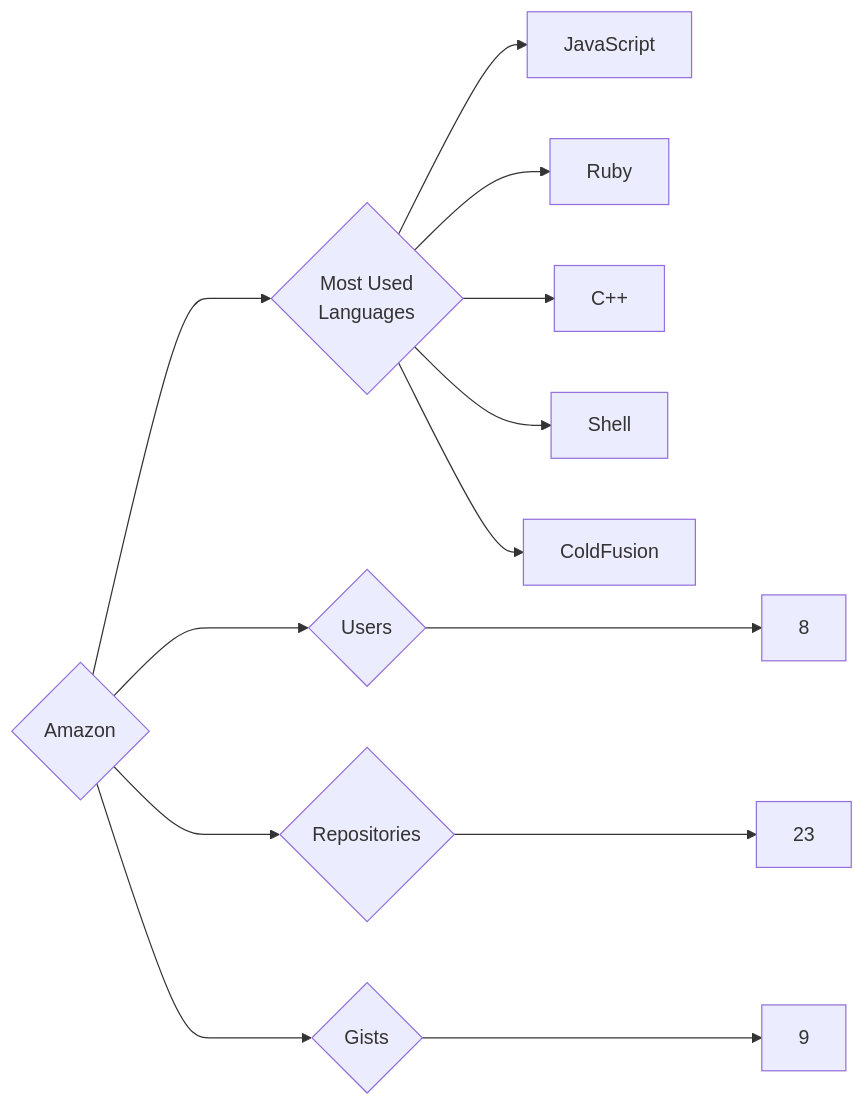
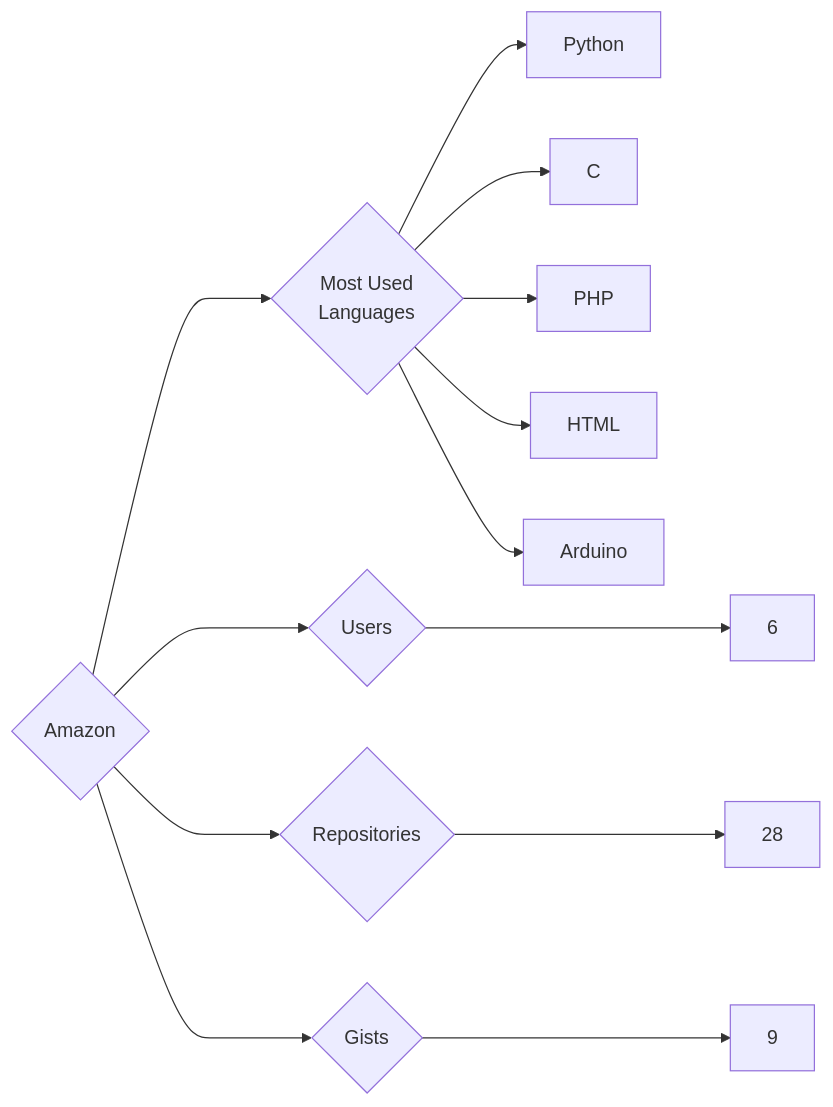
The diagram in targets/Amazon/README.md (trickest/insiders), drawn with Mermaid before and after one commit. The commit also changed 1020 other files, not shown here.

````diff
--- a/targets/Amazon/README.md
+++ b/targets/Amazon/README.md
@@ -3,13 +3,13 @@
 ```mermaid
 graph LR
 COMPANY_NAME{Amazon}
-COMPANY_NAME ---> U{Users} ---> UN[8]
-COMPANY_NAME ---> R{Repositories} ---> RN[23]
+COMPANY_NAME ---> U{Users} ---> UN[6]
+COMPANY_NAME ---> R{Repositories} ---> RN[28]
 COMPANY_NAME ---> G{Gists} ---> GN[9]
 COMPANY_NAME ---> ML{Most Used<br>Languages}
-ML --> JavaScript[JavaScript]
-ML --> Ruby[Ruby]
-ML --> C++[C++]
-ML --> Shell[Shell]
-ML --> ColdFusion[ColdFusion]
+ML --> Python[Python]
+ML --> C[C]
+ML --> PHP[PHP]
+ML --> HTML[HTML]
+ML --> Arduino[Arduino]
 ```
````
